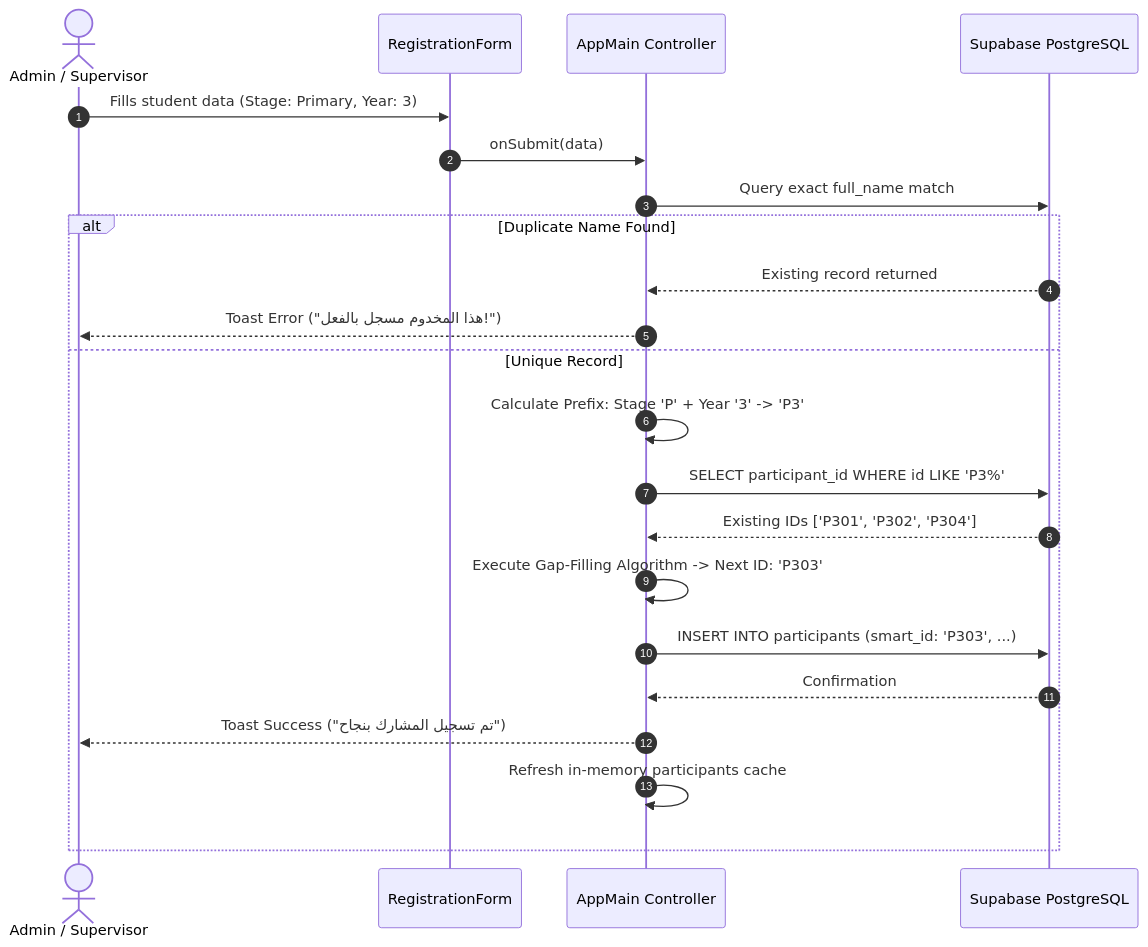
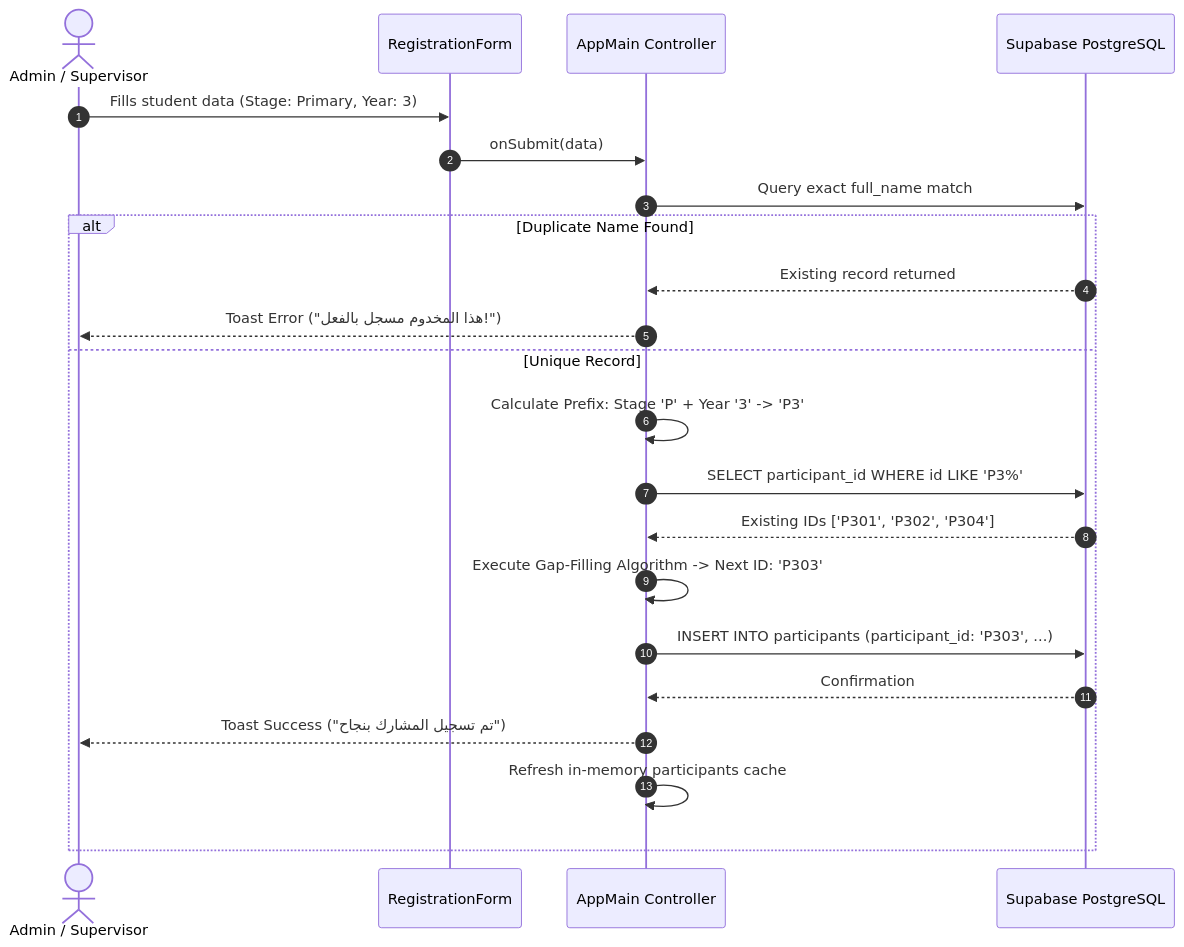
One commit to BavlyPeter/Aribsalin changed the first of 5 diagrams in MD/ARIBSALIN-DOCUMENTATION.md. Above: the diagram before and after it, drawn with Mermaid. The commit also changed other lines of this file, not shown here.

````diff
--- a/MD/ARIBSALIN-DOCUMENTATION.md
+++ b/MD/ARIBSALIN-DOCUMENTATION.md
@@ -241,25 +244,25 @@
 ```mermaid
 sequenceDiagram
     autonumber
     actor Supervisor as Admin / Supervisor
     participant UI as RegistrationForm
     participant App as AppMain Controller
     participant DB as Supabase PostgreSQL
 
     Supervisor->>UI: Fills student data (Stage: Primary, Year: 3)
     UI->>App: onSubmit(data)
     App->>DB: Query exact full_name match
     alt Duplicate Name Found
         DB-->>App: Existing record returned
         App-->>Supervisor: Toast Error ("هذا المخدوم مسجل بالفعل!")
     else Unique Record
         App->>App: Calculate Prefix: Stage 'P' + Year '3' -> 'P3'
         App->>DB: SELECT participant_id WHERE id LIKE 'P3%'
         DB-->>App: Existing IDs ['P301', 'P302', 'P304']
         App->>App: Execute Gap-Filling Algorithm -> Next ID: 'P303'
-        App->>DB: INSERT INTO participants (smart_id: 'P303', ...)
+        App->>DB: INSERT INTO participants (participant_id: 'P303', ...)
         DB-->>App: Confirmation
         App-->>Supervisor: Toast Success ("تم تسجيل المشارك بنجاح")
         App->>App: Refresh in-memory participants cache
     end
 ```
````
